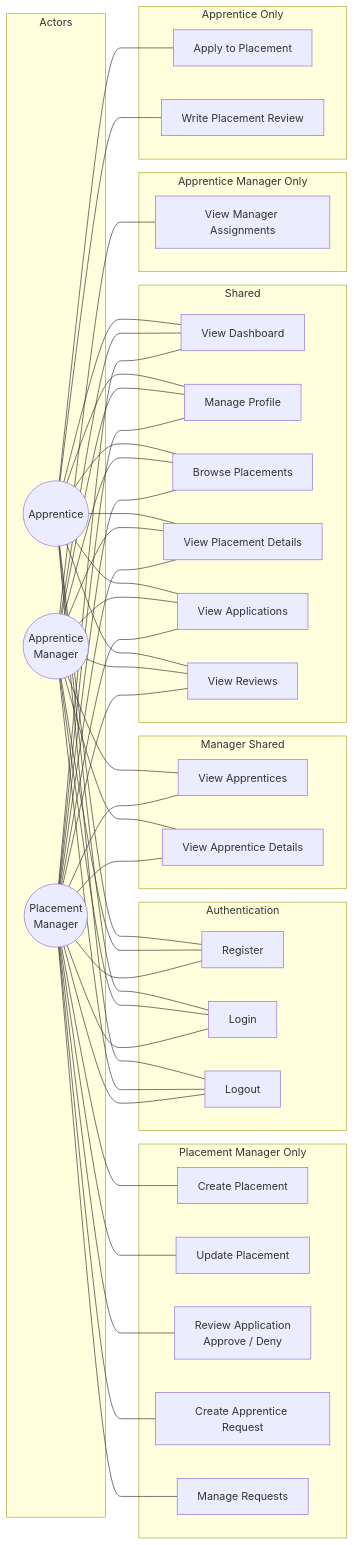
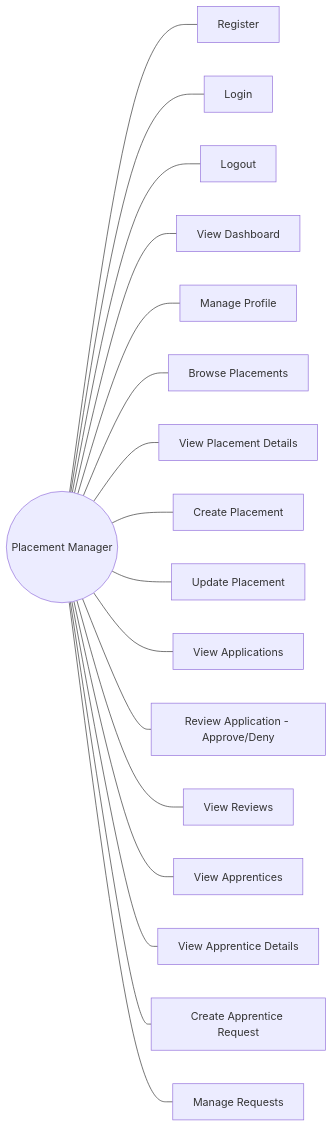
Before and after one commit to JayCenaUni/Placements: the third of 3 diagrams in docs/uml/use-case-diagram.md, drawn with Mermaid. The commit also changed other lines of this file and 5 other files, not shown here.

Commit message:
Add i package to dependencies, enhance UML diagrams, and refine state diagrams for clarity

````diff
--- a/docs/uml/use-case-diagram.md
+++ b/docs/uml/use-case-diagram.md
@@ -5,96 +46,21 @@
 ```mermaid
 graph LR
-    subgraph Actors
-        A((Apprentice))
-        AM((Apprentice<br/>Manager))
-        PM((Placement<br/>Manager))
-    end
+    PM((Placement Manager))
 
-    subgraph Authentication
-        UC_REG[Register]
-        UC_LOGIN[Login]
-        UC_LOGOUT[Logout]
-    end
-
-    subgraph Shared
-        UC_DASH[View Dashboard]
-        UC_PROF[Manage Profile]
-        UC_BROWSE[Browse Placements]
-        UC_VIEW_P[View Placement Details]
-        UC_VIEW_APPS[View Applications]
-        UC_VIEW_REVIEWS[View Reviews]
-    end
-
-    subgraph Apprentice Only
-        UC_APPLY[Apply to Placement]
-        UC_WRITE_REV[Write Placement Review]
-    end
-
-    subgraph Manager Shared
-        UC_VIEW_APPRENTICES[View Apprentices]
-        UC_VIEW_APPRENTICE[View Apprentice Details]
-    end
-
-    subgraph Apprentice Manager Only
-        UC_VIEW_MGRS[View Manager Assignments]
-    end
-
-    subgraph Placement Manager Only
-        UC_CREATE_P[Create Placement]
-        UC_UPDATE_P[Update Placement]
-        UC_REVIEW_APP[Review Application<br/>Approve / Deny]
-        UC_CREATE_REQ[Create Apprentice Request]
-        UC_MANAGE_REQ[Manage Requests]
-    end
-
-    %% All roles — authentication
-    A --- UC_REG
-    A --- UC_LOGIN
-    A --- UC_LOGOUT
-    AM --- UC_REG
-    AM --- UC_LOGIN
-    AM --- UC_LOGOUT
-    PM --- UC_REG
-    PM --- UC_LOGIN
-    PM --- UC_LOGOUT
-
-    %% All roles — shared features
-    A --- UC_DASH
-    A --- UC_PROF
-    A --- UC_BROWSE
-    A --- UC_VIEW_P
-    A --- UC_VIEW_APPS
-    A --- UC_VIEW_REVIEWS
-    AM --- UC_DASH
-    AM --- UC_PROF
-    AM --- UC_BROWSE
-    AM --- UC_VIEW_P
-    AM --- UC_VIEW_APPS
-    AM --- UC_VIEW_REVIEWS
-    PM --- UC_DASH
-    PM --- UC_PROF
-    PM --- UC_BROWSE
-    PM --- UC_VIEW_P
-    PM --- UC_VIEW_APPS
-    PM --- UC_VIEW_REVIEWS
-
-    %% Apprentice only
-    A --- UC_APPLY
-    A --- UC_WRITE_REV
-
-    %% Manager shared
-    AM --- UC_VIEW_APPRENTICES
-    AM --- UC_VIEW_APPRENTICE
-    PM --- UC_VIEW_APPRENTICES
-    PM --- UC_VIEW_APPRENTICE
-
-    %% Apprentice Manager only
-    AM --- UC_VIEW_MGRS
-
-    %% Placement Manager only
-    PM --- UC_CREATE_P
-    PM --- UC_UPDATE_P
-    PM --- UC_REVIEW_APP
-    PM --- UC_CREATE_REQ
-    PM --- UC_MANAGE_REQ
+    PM --- Register
+    PM --- Login
+    PM --- Logout
+    PM --- Dashboard[View Dashboard]
+    PM --- Profile[Manage Profile]
+    PM --- Browse[Browse Placements]
+    PM --- ViewP[View Placement Details]
+    PM --- Create[Create Placement]
+    PM --- Update[Update Placement]
+    PM --- ViewApps[View Applications]
+    PM --- Review[Review Application - Approve/Deny]
+    PM --- ViewRevs[View Reviews]
+    PM --- ViewList[View Apprentices]
+    PM --- ViewDetail[View Apprentice Details]
+    PM --- CreateReq[Create Apprentice Request]
+    PM --- ManageReq[Manage Requests]
 ```
````
